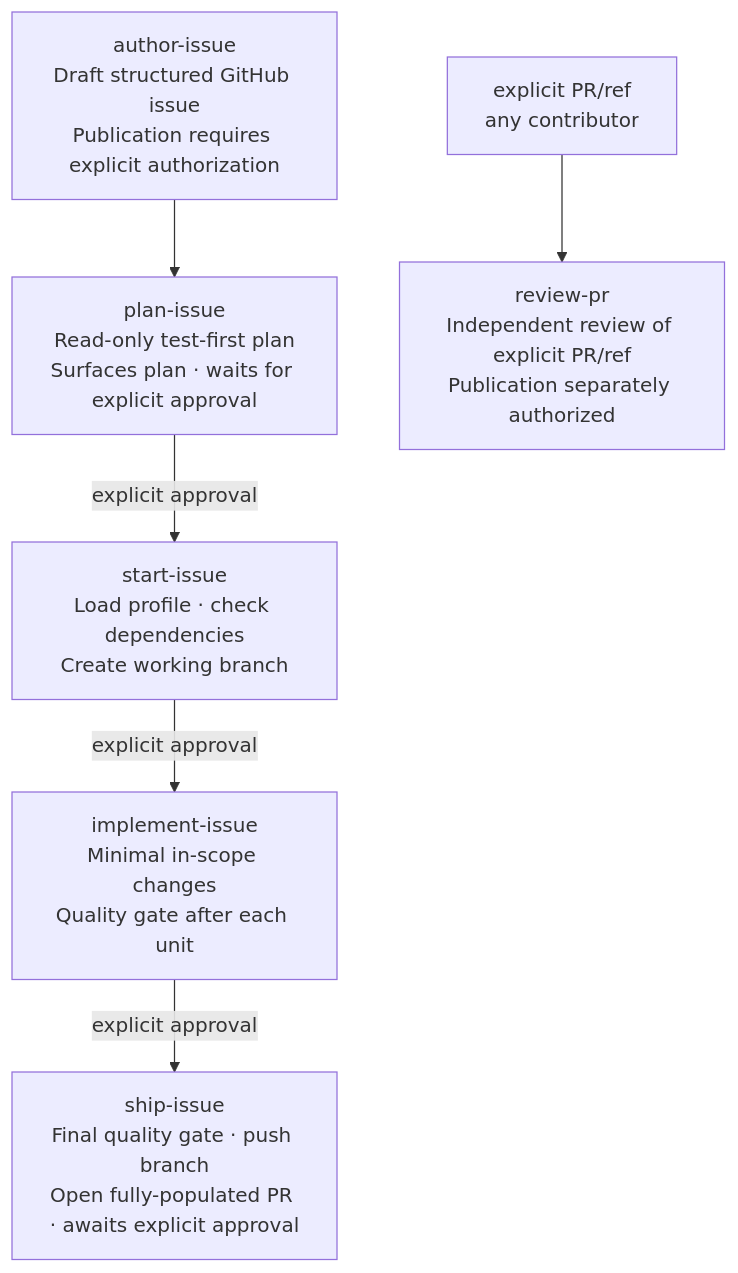
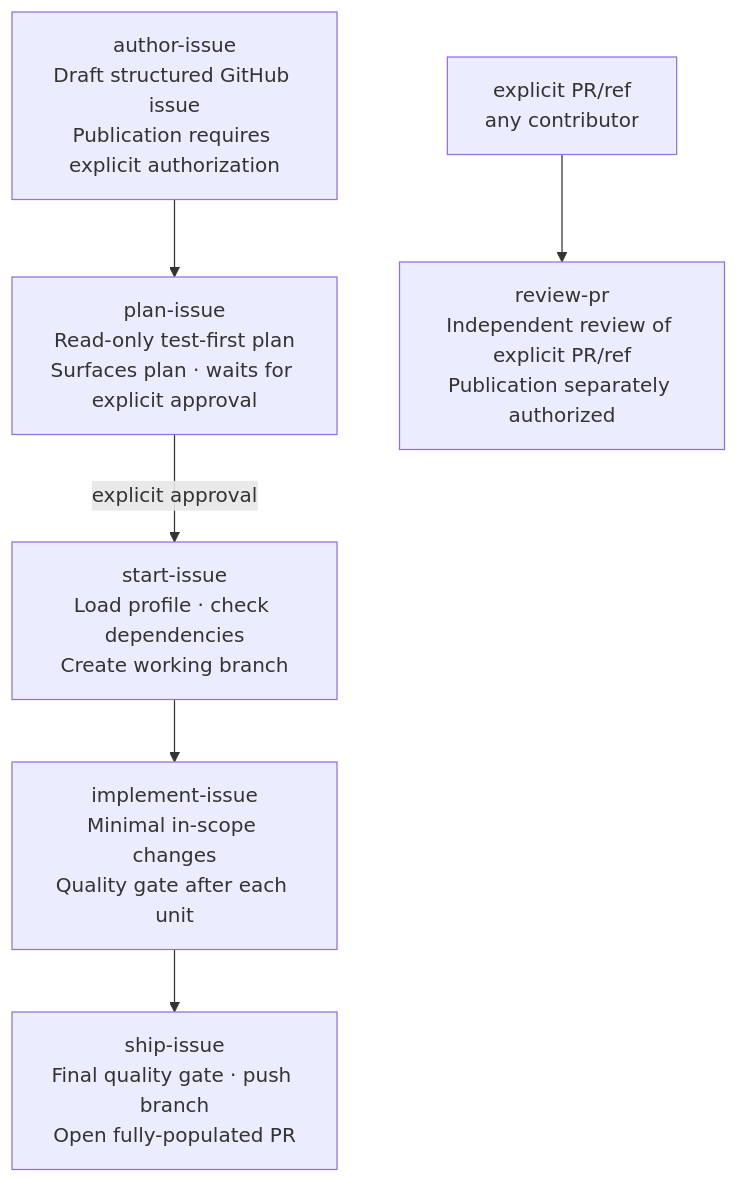
Before and after one commit to dgaramos/agent-workflows: the second of 2 diagrams in README.md, drawn with Mermaid. The commit also changed other lines of this file and 21 other files, not shown here.

First line of the commit message:
fix(claudio-reviewer): require publisher dispatch; remove ship-issue over-gating (#234)

````diff
--- a/README.md
+++ b/README.md
@@ -57,15 +57,15 @@
 ```mermaid
 flowchart TD
     I["author-issue\nDraft structured GitHub issue\nPublication requires explicit authorization"]
     PL["plan-issue\nRead-only test-first plan\nSurfaces plan · waits for explicit approval"]
     S["start-issue\nLoad profile · check dependencies\nCreate working branch"]
     IM["implement-issue\nMinimal in-scope changes\nQuality gate after each unit"]
-    SH["ship-issue\nFinal quality gate · push branch\nOpen fully-populated PR · awaits explicit approval"]
+    SH["ship-issue\nFinal quality gate · push branch\nOpen fully-populated PR"]
     RV["review-pr\nIndependent review of explicit PR/ref\nPublication separately authorized"]
 
     I --> PL
     PL -->|"explicit approval"| S
-    S -->|"explicit approval"| IM
-    IM -->|"explicit approval"| SH
+    S --> IM
+    IM --> SH
     R["explicit PR/ref\nany contributor"] --> RV
 ```
````
